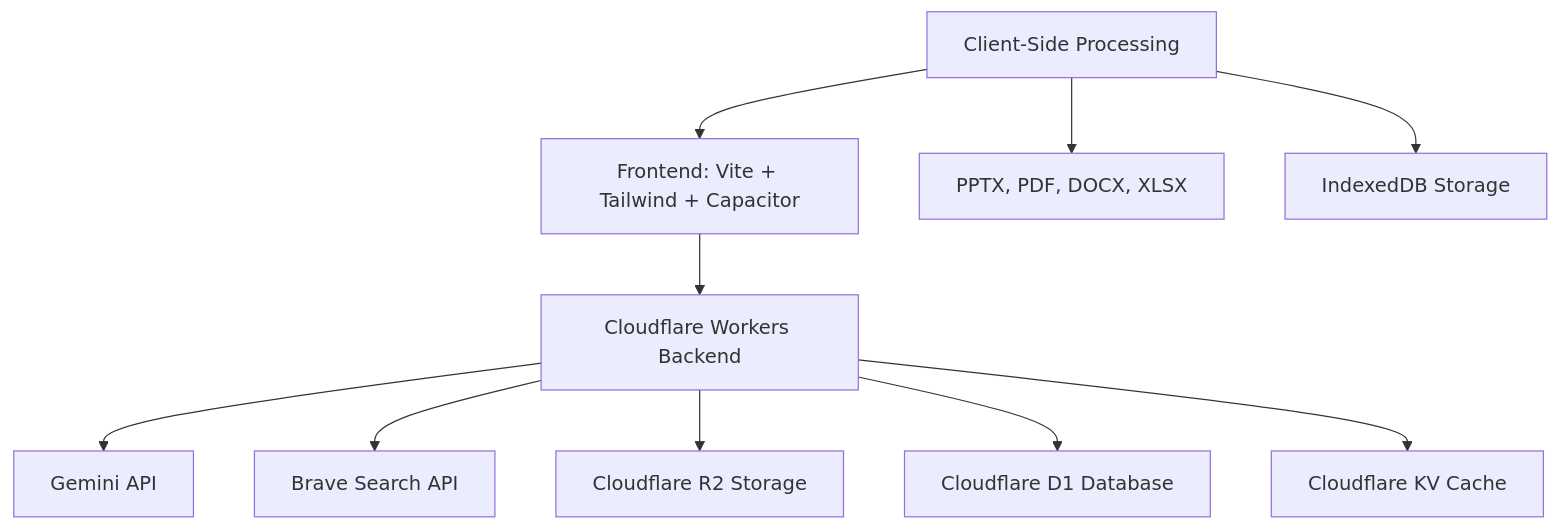
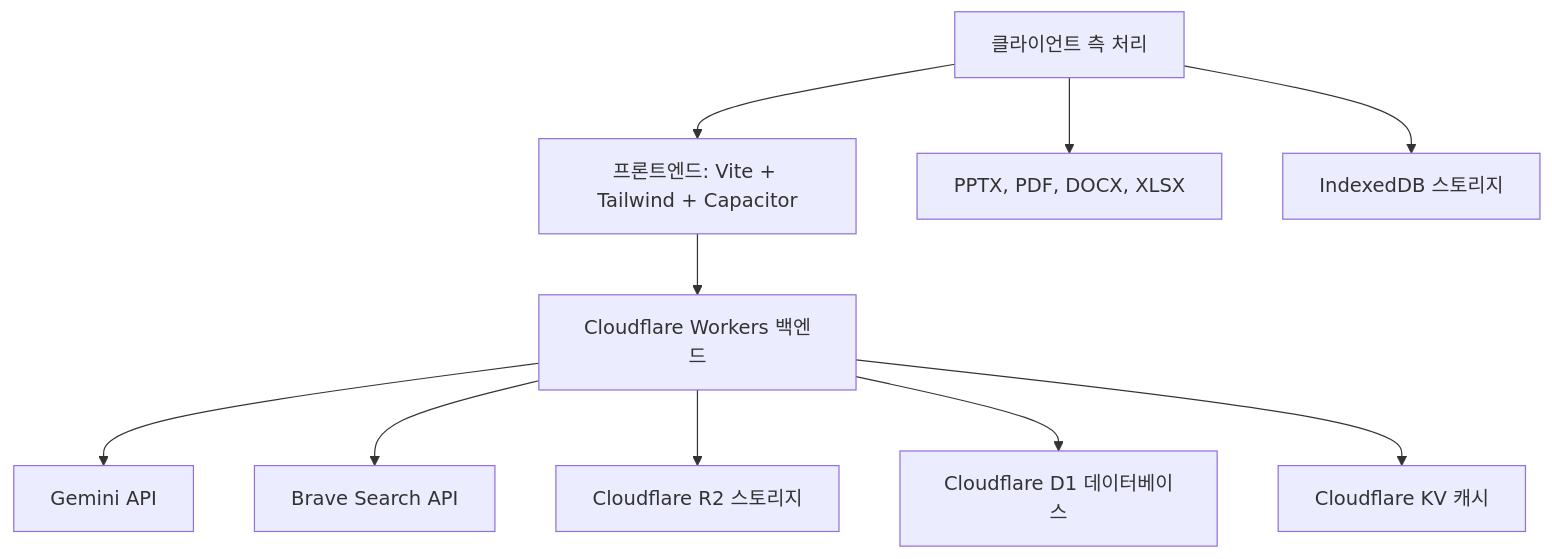
Before and after one commit to PandaSI-Labs/littleaibox: the diagram in README.ko.md, drawn with Mermaid. The commit also changed 2 other files, not shown here.

Commit message:
Commit: Add Readme.md

````diff
--- a/README.ko.md
+++ b/README.ko.md
@@ -114,12 +114,12 @@
 ```mermaid
 graph TD
-    A[Frontend: Vite + Tailwind + Capacitor] --> B[Cloudflare Workers Backend]
+    A[프론트엔드: Vite + Tailwind + Capacitor] --> B[Cloudflare Workers 백엔드]
     B --> C[Gemini API]
     B --> D[Brave Search API]
-    B --> E[Cloudflare R2 Storage]
-    B --> F[Cloudflare D1 Database]
-    B --> G[Cloudflare KV Cache]
-    H[Client-Side Processing] --> A
+    B --> E[Cloudflare R2 스토리지]
+    B --> F[Cloudflare D1 데이터베이스]
+    B --> G[Cloudflare KV 캐시]
+    H[클라이언트 측 처리] --> A
     H --> I[PPTX, PDF, DOCX, XLSX]
-    H --> J[IndexedDB Storage]
+    H --> J[IndexedDB 스토리지]
 ```
````
